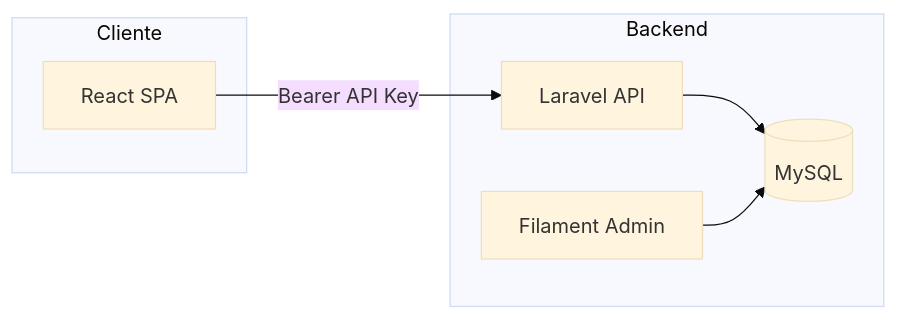
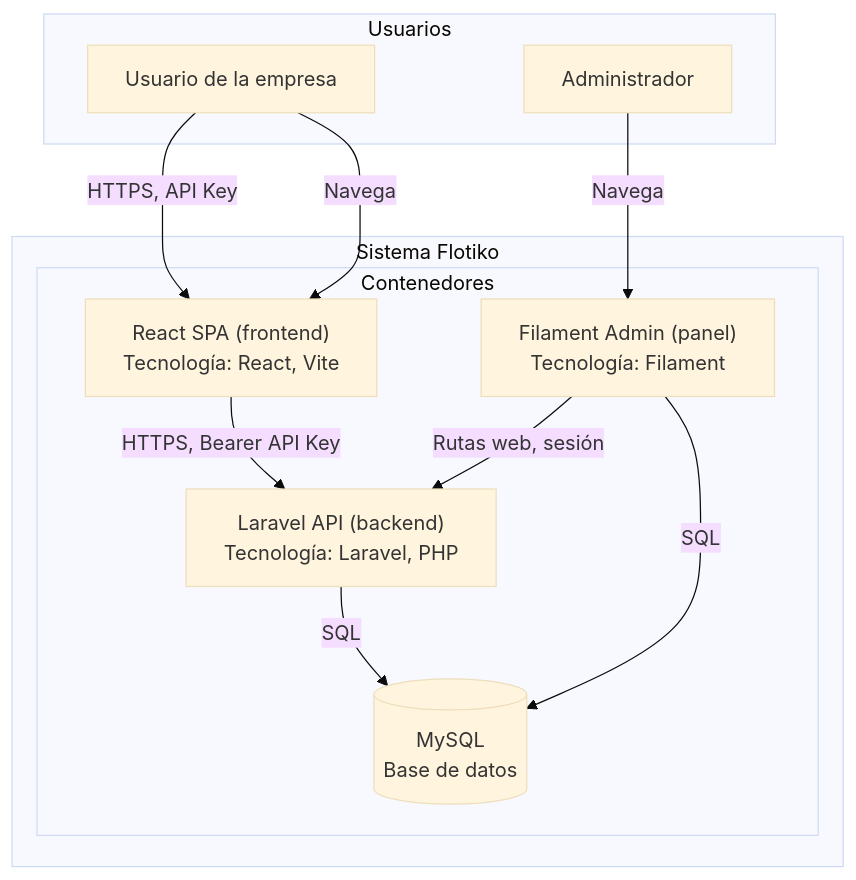
The second of 5 diagrams in readme.md (LIDR-academy/AI4Devs-finalproject), drawn with Mermaid (base theme) before and after one commit. The commit also changed other lines of this file, not shown here.

Commit message:
Arquitectura: diagramas C4 (Contexto, Contenedores, Componentes backend y frontend)

````diff
--- a/readme.md
+++ b/readme.md
@@ -97,13 +120,22 @@
 ```mermaid
-flowchart LR
-  subgraph client [Cliente]
-    SPA[React SPA]
+flowchart TB
+  subgraph users [Usuarios]
+    Usuario[Usuario de la empresa]
+    Admin[Administrador]
   end
-  subgraph backend [Backend]
-    API[Laravel API]
-    Filament[Filament Admin]
-    API --> DB[(MySQL)]
-    Filament --> DB
+  subgraph flotiko_system [Sistema Flotiko]
+    subgraph containers [Contenedores]
+      SPA["React SPA (frontend)<br/>Tecnología: React, Vite"]
+      API["Laravel API (backend)<br/>Tecnología: Laravel, PHP"]
+      Filament["Filament Admin (panel)<br/>Tecnología: Filament"]
+      DB[("MySQL<br/>Base de datos")]
+    end
   end
-  SPA -->|"Bearer API Key"| API
+  Usuario -->|"HTTPS, API Key"| SPA
+  Usuario -->|"Navega"| SPA
+  SPA -->|"HTTPS, Bearer API Key"| API
+  Admin -->|"Navega"| Filament
+  Filament -->|"Rutas web, sesión"| API
+  API -->|"SQL"| DB
+  Filament -->|"SQL"| DB
 ```
````
